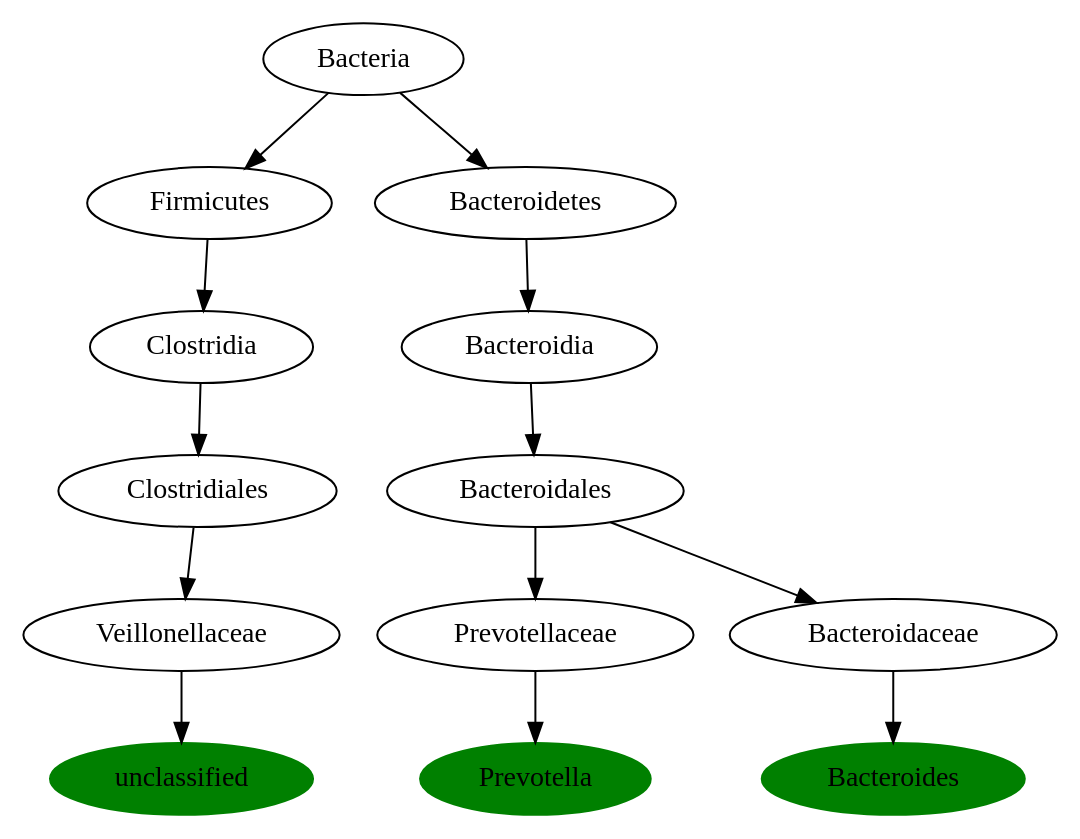
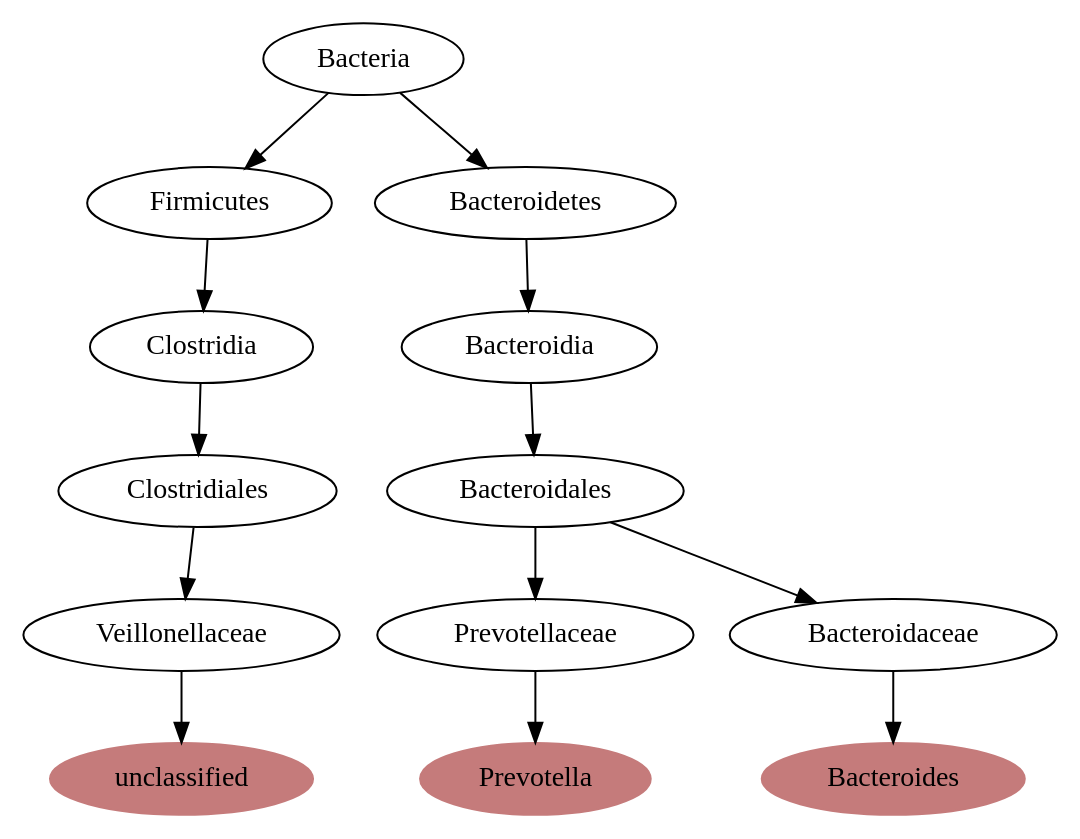
Before and after one commit to AndersHqst/thesis: the diagram in experiments/2b/phylogenetic-tree/dotfiles/3.dot, drawn with Graphviz. The commit also changed 77 other files, not shown here.

Commit message:
Added plotting code for summary graphs

```diff
--- a/experiments/2b/phylogenetic-tree/dotfiles/3.dot
+++ b/experiments/2b/phylogenetic-tree/dotfiles/3.dot
@@ -1,42 +1,42 @@
 digraph G { 
-	Veillonellaceaeunclassified [label="unclassified", color="green", style=filled];
+	Veillonellaceaeunclassified [label="unclassified", color="#C57B7B", style=filled];
 	ClostridialesVeillonellaceae [label="Veillonellaceae"];
 	Veillonellaceaeunclassified [label="unclassified"];
 	ClostridialesVeillonellaceae -> Veillonellaceaeunclassified;
 	ClostridiaClostridiales [label="Clostridiales"];
 	ClostridialesVeillonellaceae [label="Veillonellaceae"];
 	ClostridiaClostridiales -> ClostridialesVeillonellaceae;
 	FirmicutesClostridia [label="Clostridia"];
 	ClostridiaClostridiales [label="Clostridiales"];
 	FirmicutesClostridia -> ClostridiaClostridiales;
 	BacteriaFirmicutes [label="Firmicutes"];
 	FirmicutesClostridia [label="Clostridia"];
 	BacteriaFirmicutes -> FirmicutesClostridia;
 	Bacteria [label="Bacteria"];
 	BacteriaFirmicutes [label="Firmicutes"];
 	Bacteria -> BacteriaFirmicutes;
-	PrevotellaceaePrevotella [label="Prevotella", color="green", style=filled];
+	PrevotellaceaePrevotella [label="Prevotella", color="#C57B7B", style=filled];
 	BacteroidalesPrevotellaceae [label="Prevotellaceae"];
 	PrevotellaceaePrevotella [label="Prevotella"];
 	BacteroidalesPrevotellaceae -> PrevotellaceaePrevotella;
 	BacteroidiaBacteroidales [label="Bacteroidales"];
 	BacteroidalesPrevotellaceae [label="Prevotellaceae"];
 	BacteroidiaBacteroidales -> BacteroidalesPrevotellaceae;
 	BacteroidetesBacteroidia [label="Bacteroidia"];
 	BacteroidiaBacteroidales [label="Bacteroidales"];
 	BacteroidetesBacteroidia -> BacteroidiaBacteroidales;
 	BacteriaBacteroidetes [label="Bacteroidetes"];
 	BacteroidetesBacteroidia [label="Bacteroidia"];
 	BacteriaBacteroidetes -> BacteroidetesBacteroidia;
 	Bacteria [label="Bacteria"];
 	BacteriaBacteroidetes [label="Bacteroidetes"];
 	Bacteria -> BacteriaBacteroidetes;
-	BacteroidaceaeBacteroides [label="Bacteroides", color="green", style=filled];
+	BacteroidaceaeBacteroides [label="Bacteroides", color="#C57B7B", style=filled];
 	BacteroidalesBacteroidaceae [label="Bacteroidaceae"];
 	BacteroidaceaeBacteroides [label="Bacteroides"];
 	BacteroidalesBacteroidaceae -> BacteroidaceaeBacteroides;
 	BacteroidiaBacteroidales [label="Bacteroidales"];
 	BacteroidalesBacteroidaceae [label="Bacteroidaceae"];
 	BacteroidiaBacteroidales -> BacteroidalesBacteroidaceae;
 
  }
```
